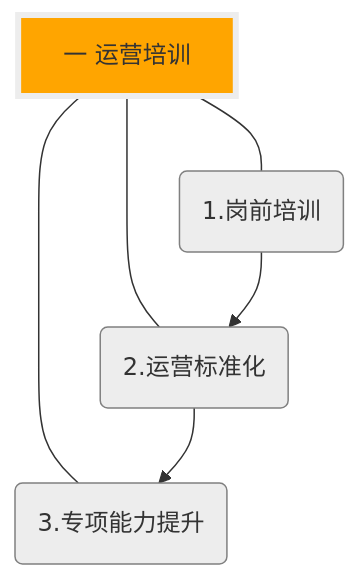
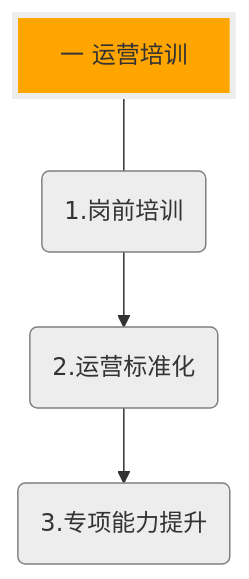
Before and after one commit to Xiyue-team/doc_op: the diagram in index.md, drawn with Mermaid.

````diff
--- a/index.md
+++ b/index.md
@@ -6,13 +6,11 @@
 ```mermaid
 graph TD
     A["一 运营培训"]
-    A---B(1.岗前培训)
-    A---C(2.运营标准化);
-    A---D(3.专项能力提升);
-    B-->C;
-    C-->D;
+    A---B(1.岗前培训);
+    B-->C(2.运营标准化);
+    C-->D(3.专项能力提升);
     style A fill:orange,stroke:#EDEDED,stroke-width:4px
     style B fill:#EDEDED,stroke:gray,stroke-width:1px
     style C fill:#EDEDED,stroke:gray,stroke-width:1px
     style D fill:#EDEDED,stroke:gray,stroke-width:1px
 ```
````
